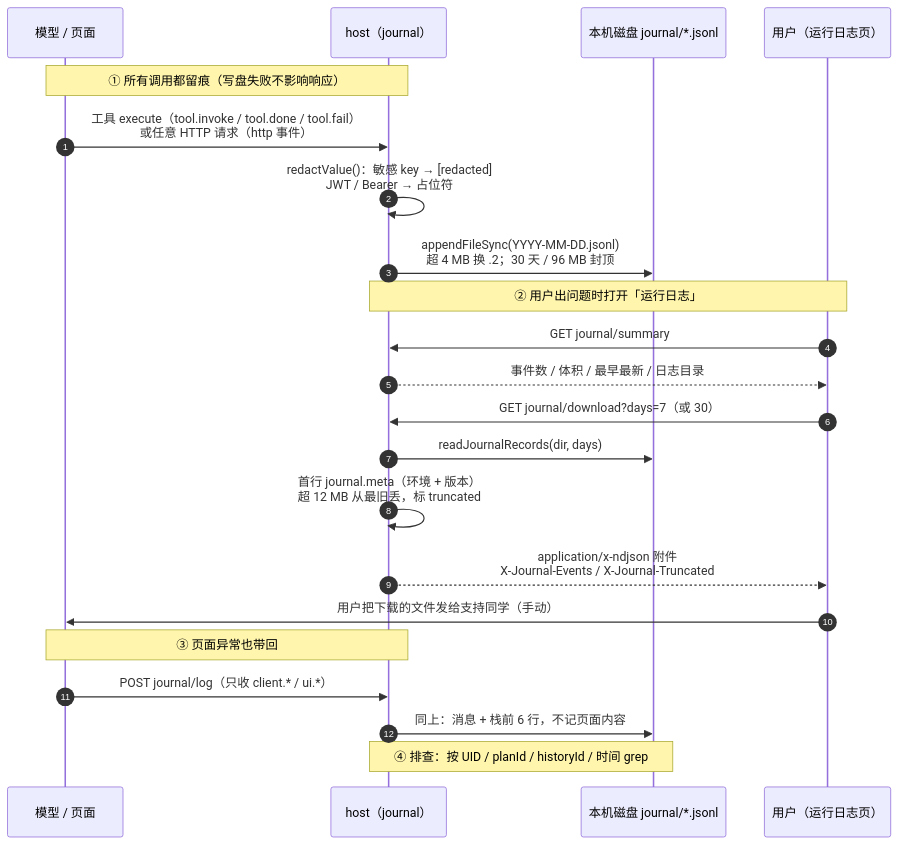
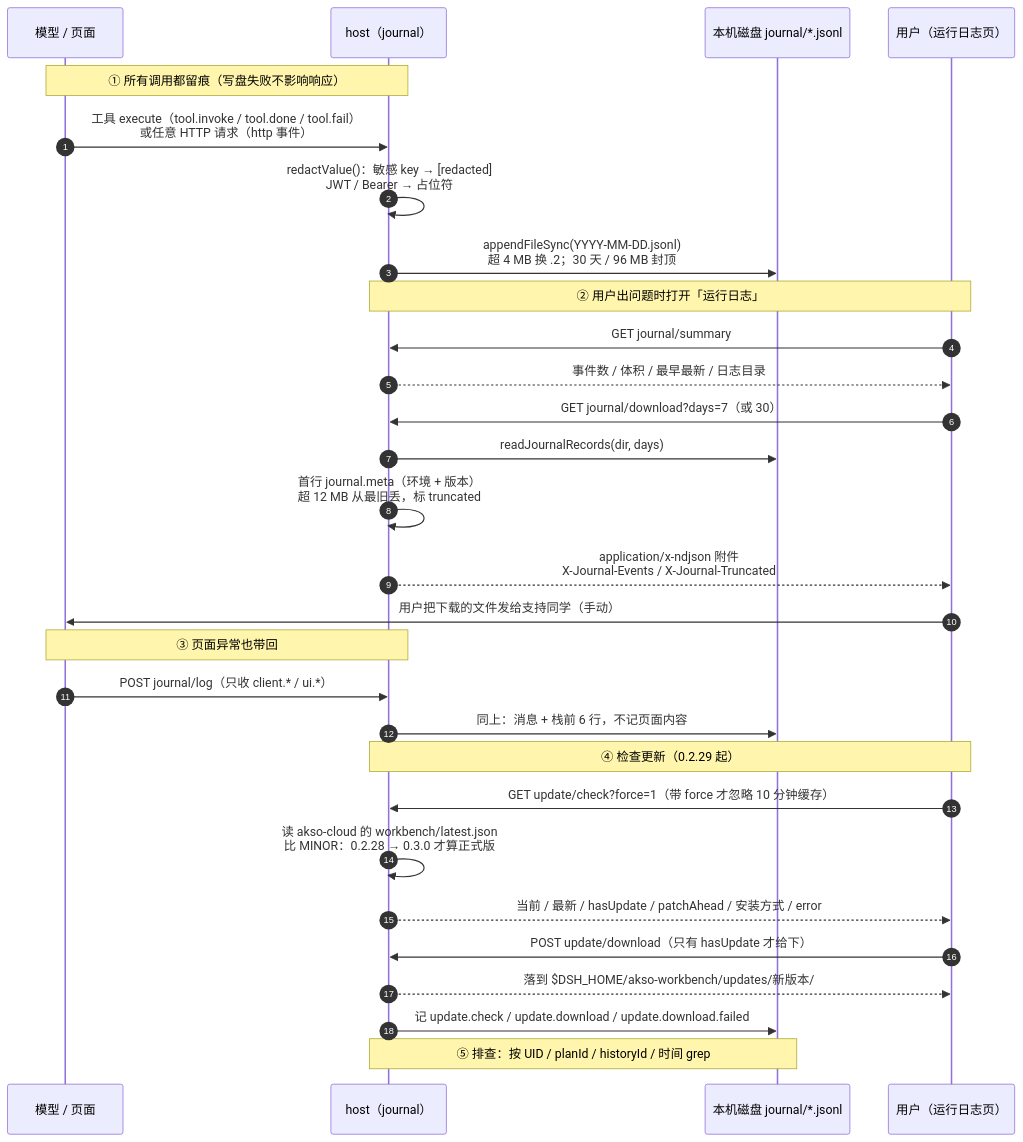
One commit to jizi-dragon/akso-workbench changed the eighth of 8 diagrams in docs/knowledge/agent调用时序.md. Above: the diagram before and after it, drawn with Mermaid. The commit also changed other lines of this file and 22 other files, not shown here.

````diff
--- a/docs/knowledge/agent调用时序.md
+++ b/docs/knowledge/agent调用时序.md
@@ -485,28 +485,36 @@
 ```mermaid
 sequenceDiagram
     autonumber
     participant M as 模型 / 页面
     participant H as host（journal）
     participant D as 本机磁盘 journal/*.jsonl
     participant U as 用户（运行日志页）
 
     Note over M,H: ① 所有调用都留痕（写盘失败不影响响应）
     M->>H: 工具 execute（tool.invoke / tool.done / tool.fail）<br/>或任意 HTTP 请求（http 事件）
     H->>H: redactValue()：敏感 key → [redacted]<br/>JWT / Bearer → 占位符
     H->>D: appendFileSync(YYYY-MM-DD.jsonl)<br/>超 4 MB 换 .2；30 天 / 96 MB 封顶
 
     Note over U,H: ② 用户出问题时打开「运行日志」
     U->>H: GET journal/summary
     H-->>U: 事件数 / 体积 / 最早最新 / 日志目录
     U->>H: GET journal/download?days=7（或 30）
     H->>D: readJournalRecords(dir, days)
     H->>H: 首行 journal.meta（环境 + 版本）<br/>超 12 MB 从最旧丢，标 truncated
     H-->>U: application/x-ndjson 附件<br/>X-Journal-Events / X-Journal-Truncated
     U->>M: 用户把下载的文件发给支持同学（手动）
 
     Note over M,H: ③ 页面异常也带回
     M->>H: POST journal/log（只收 client.* / ui.*）
     H->>D: 同上：消息 + 栈前 6 行，不记页面内容
 
-    Note over H,D: ④ 排查：按 UID / planId / historyId / 时间 grep
+    Note over U,H: ④ 检查更新（0.2.29 起）
+    U->>H: GET update/check?force=1（带 force 才忽略 10 分钟缓存）
+    H->>H: 读 akso-cloud 的 workbench/latest.json<br/>比 MINOR：0.2.28 → 0.3.0 才算正式版
+    H-->>U: 当前 / 最新 / hasUpdate / patchAhead / 安装方式 / error
+    U->>H: POST update/download（只有 hasUpdate 才给下）
+    H-->>U: 落到 $DSH_HOME/akso-workbench/updates/新版本/
+    H->>D: 记 update.check / update.download / update.download.failed
+
+    Note over H,D: ⑤ 排查：按 UID / planId / historyId / 时间 grep
 ```
````
